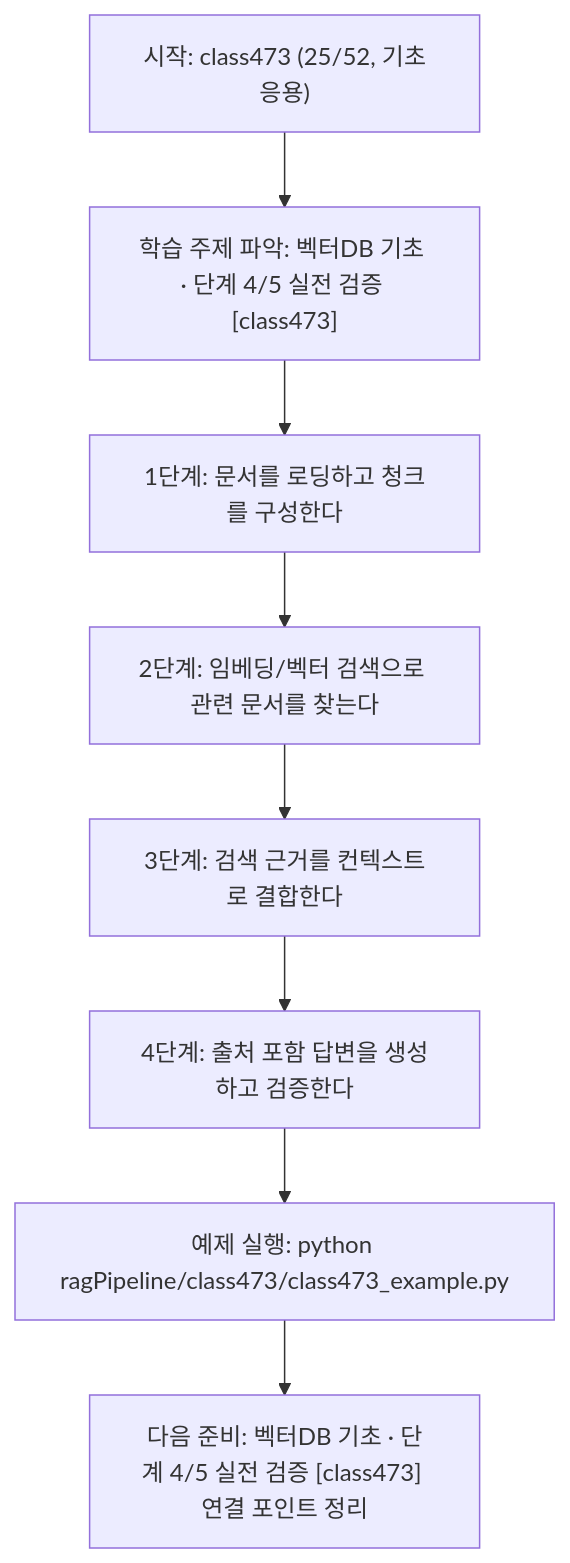
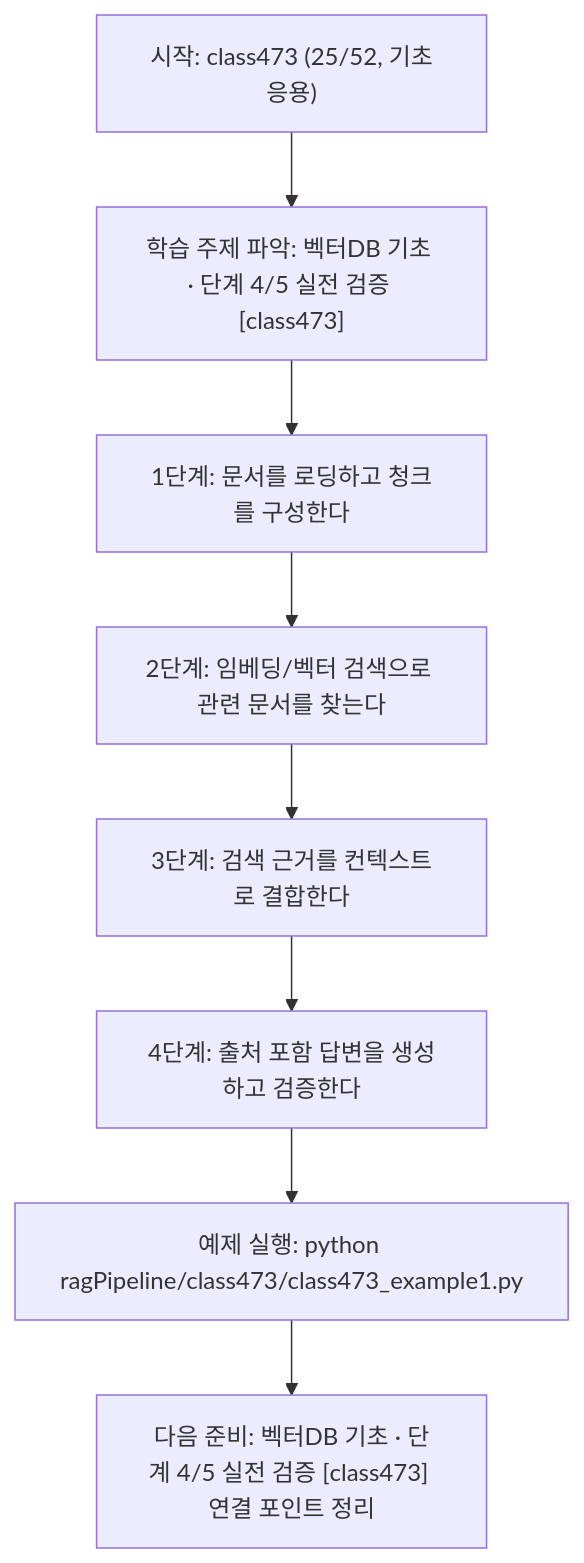
The diagram in ragPipeline/class473/class473.md (edumgt/Python-AI_Agent-Class), drawn with Mermaid before and after one commit. The commit also changed other lines of this file and 2959 other files, not shown here.

````diff
--- a/ragPipeline/class473/class473.md
+++ b/ragPipeline/class473/class473.md
@@ -111,18 +111,18 @@
 ```mermaid
 flowchart TD
 N1["시작: class473 (25/52, 기초응용)"]
 N2["학습 주제 파악: 벡터DB 기초 · 단계 4/5 실전 검증 [class473]"]
 N3["1단계: 문서를 로딩하고 청크를 구성한다"]
 N4["2단계: 임베딩/벡터 검색으로 관련 문서를 찾는다"]
 N5["3단계: 검색 근거를 컨텍스트로 결합한다"]
 N6["4단계: 출처 포함 답변을 생성하고 검증한다"]
-N7["예제 실행: python ragPipeline/class473/class473_example.py"]
+N7["예제 실행: python ragPipeline/class473/class473_example1.py"]
 N8["다음 준비: 벡터DB 기초 · 단계 4/5 실전 검증 [class473] 연결 포인트 정리"]
 N1 --> N2
 N2 --> N3
 N3 --> N4
 N4 --> N5
 N5 --> N6
 N6 --> N7
 N7 --> N8
 ```
````
